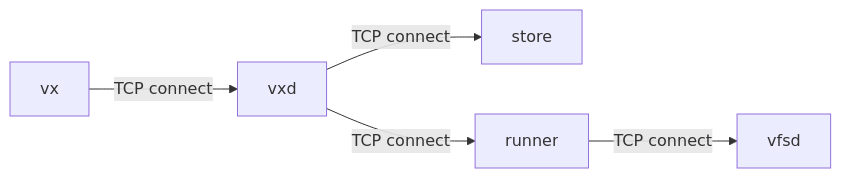
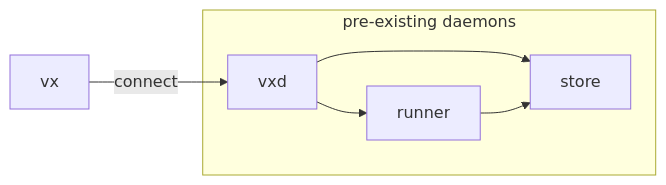
One commit to vixenware/vixen changed the second of 3 diagrams in docs/content/daemons.md. Above: the diagram before and after it, drawn with Mermaid. The commit also changed other lines of this file and 1 other file, not shown here.

````diff
--- a/docs/content/daemons.md
+++ b/docs/content/daemons.md
@@ -100,13 +33,14 @@
 ```mermaid
 flowchart LR
   vx["vx"]
-  vxd["vxd"]
-  store["store"]
-  runner["runner"]
-  vfs["vfsd"]
+  subgraph daemons["pre-existing daemons"]
+    vxd["vxd"]
+    store["store"]
+    runner["runner"]
+  end
 
-  vx -->|"TCP connect"| vxd
-  vxd -->|"TCP connect"| store
-  vxd -->|"TCP connect"| runner
-  runner -->|"TCP connect"| vfs
+  vx -->|"connect"| vxd
+  vxd --> store
+  vxd --> runner
+  runner --> store
 ```
````
